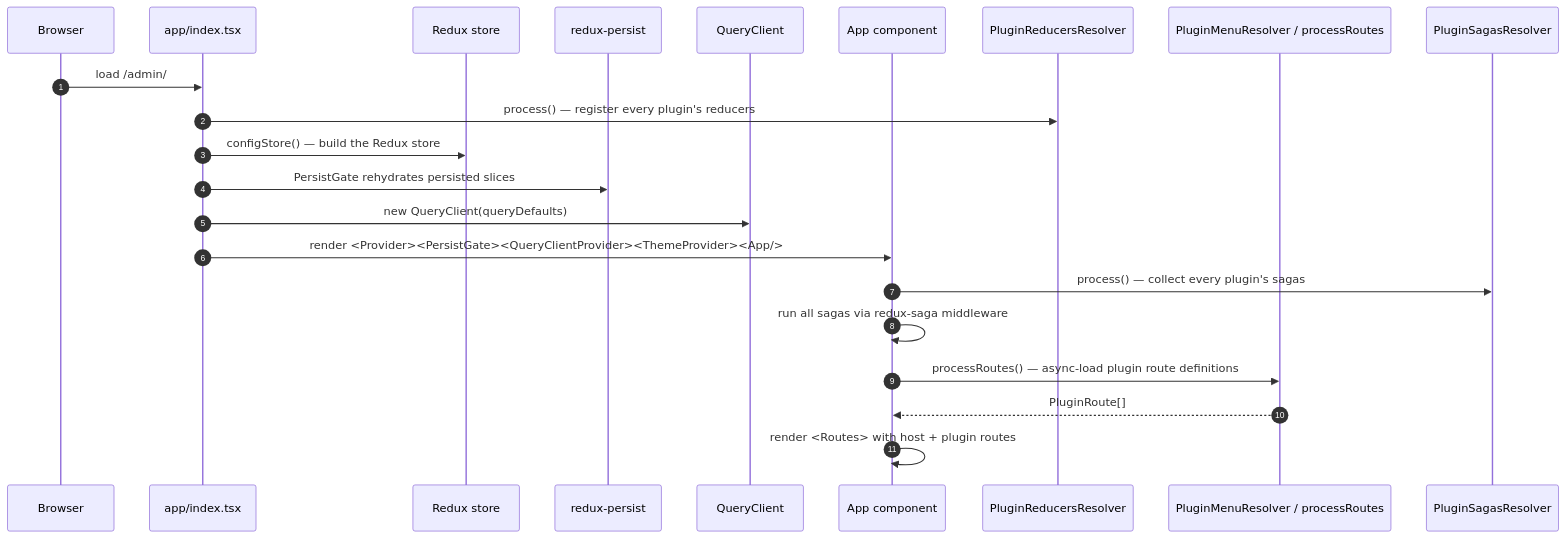
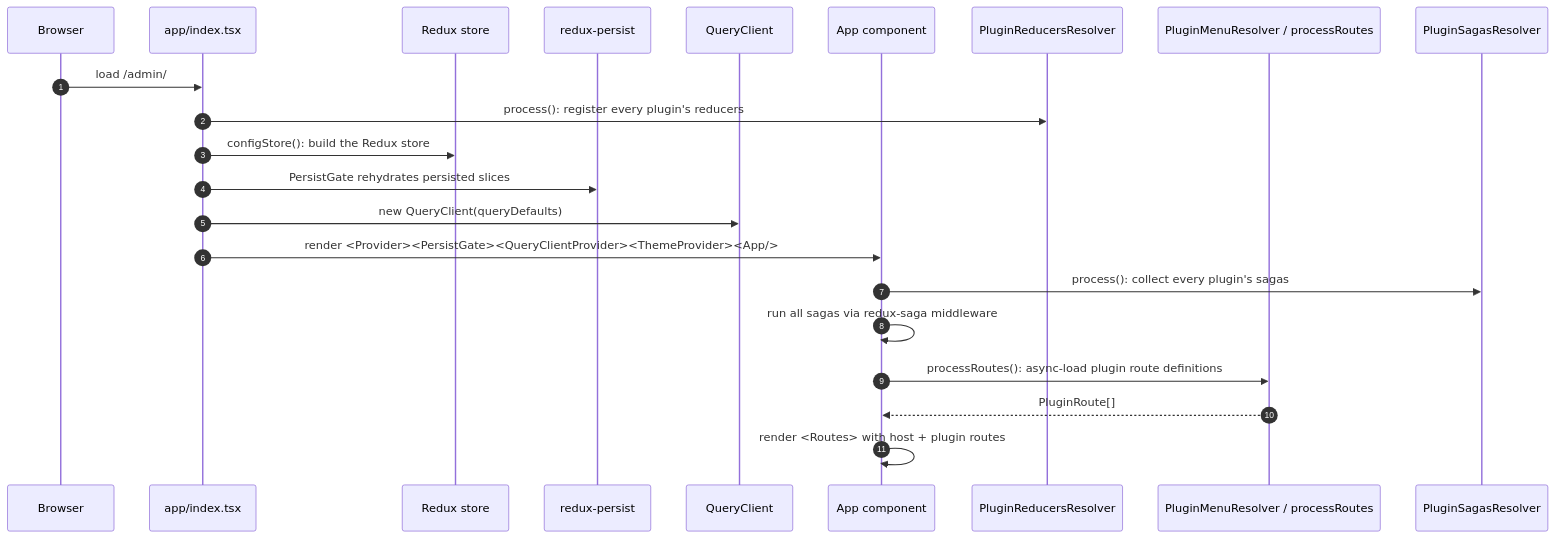
The second of 2 diagrams in admin-ui/docs/architecture.md (GluuFederation/flex), drawn with Mermaid before and after one commit. The commit also changed other lines of this file and 27 other files, not shown here.

````diff
--- a/admin-ui/docs/architecture.md
+++ b/admin-ui/docs/architecture.md
@@ -52,25 +52,25 @@
 ```mermaid
 sequenceDiagram
     autonumber
     participant Browser as Browser
     participant Entry as app/index.tsx
     participant Store as Redux store
     participant Persistor as redux-persist
     participant QC as QueryClient
     participant App as App component
     participant Reducers as PluginReducersResolver
     participant Routes as PluginMenuResolver / processRoutes
     participant Sagas as PluginSagasResolver
 
     Browser->>Entry: load /admin/
-    Entry->>Reducers: process() — register every plugin's reducers
-    Entry->>Store: configStore() — build the Redux store
+    Entry->>Reducers: process(): register every plugin's reducers
+    Entry->>Store: configStore(): build the Redux store
     Entry->>Persistor: PersistGate rehydrates persisted slices
     Entry->>QC: new QueryClient(queryDefaults)
     Entry->>App: render <Provider><PersistGate><QueryClientProvider><ThemeProvider><App/>
-    App->>Sagas: process() — collect every plugin's sagas
+    App->>Sagas: process(): collect every plugin's sagas
     App->>App: run all sagas via redux-saga middleware
-    App->>Routes: processRoutes() — async-load plugin route definitions
+    App->>Routes: processRoutes(): async-load plugin route definitions
     Routes-->>App: PluginRoute[]
     App->>App: render <Routes> with host + plugin routes
 ```
````
